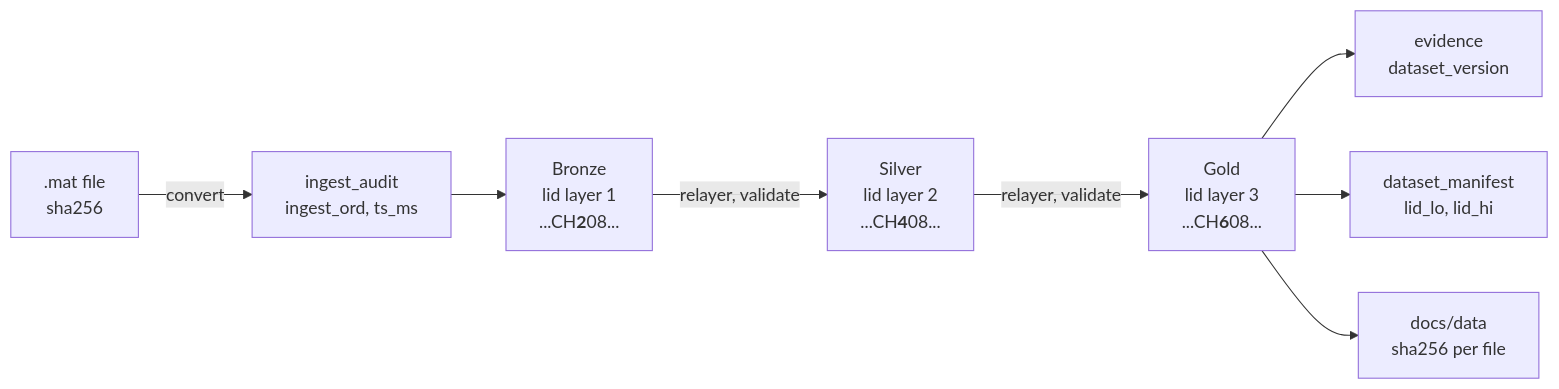
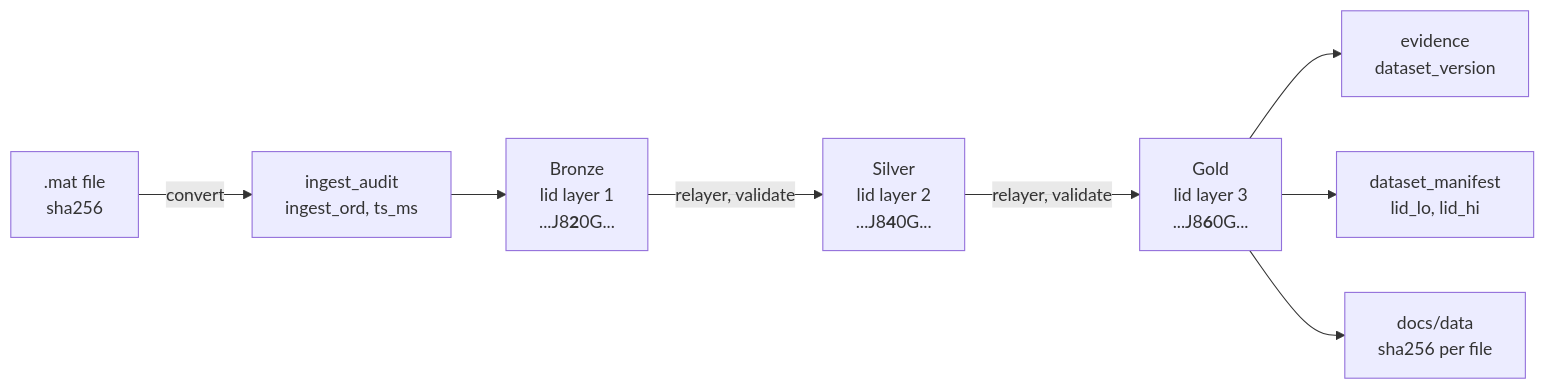
One commit to MrBisonte/ecog-lakehouse changed the first of 2 diagrams in docs/five-records.md. Above: the diagram before and after it, drawn with Mermaid. The commit also changed other lines of this file, not shown here.

````diff
--- a/docs/five-records.md
+++ b/docs/five-records.md
@@ -23,10 +23,10 @@
 ```mermaid
 flowchart LR
   F[.mat file<br>sha256] -->|convert| A[ingest_audit<br>ingest_ord, ts_ms]
-  A --> B[Bronze<br>lid layer 1<br>...CH<b>2</b>08...]
-  B -->|relayer, validate| S[Silver<br>lid layer 2<br>...CH<b>4</b>08...]
-  S -->|relayer, validate| G[Gold<br>lid layer 3<br>...CH<b>6</b>08...]
+  A --> B[Bronze<br>lid layer 1<br>...J8<b>2</b>0G...]
+  B -->|relayer, validate| S[Silver<br>lid layer 2<br>...J8<b>4</b>0G...]
+  S -->|relayer, validate| G[Gold<br>lid layer 3<br>...J8<b>6</b>0G...]
   G --> E[evidence<br>dataset_version]
   G --> M[dataset_manifest<br>lid_lo, lid_hi]
   G --> P[docs/data<br>sha256 per file]
 ```
````
